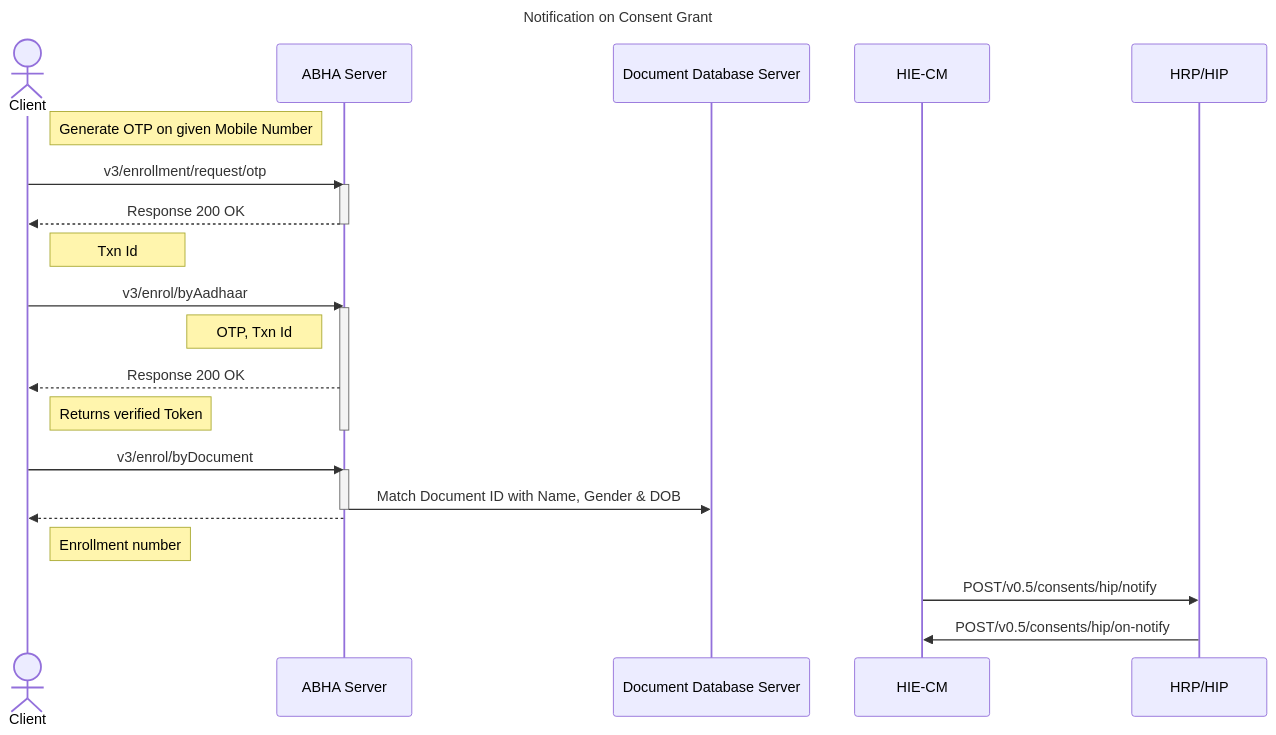
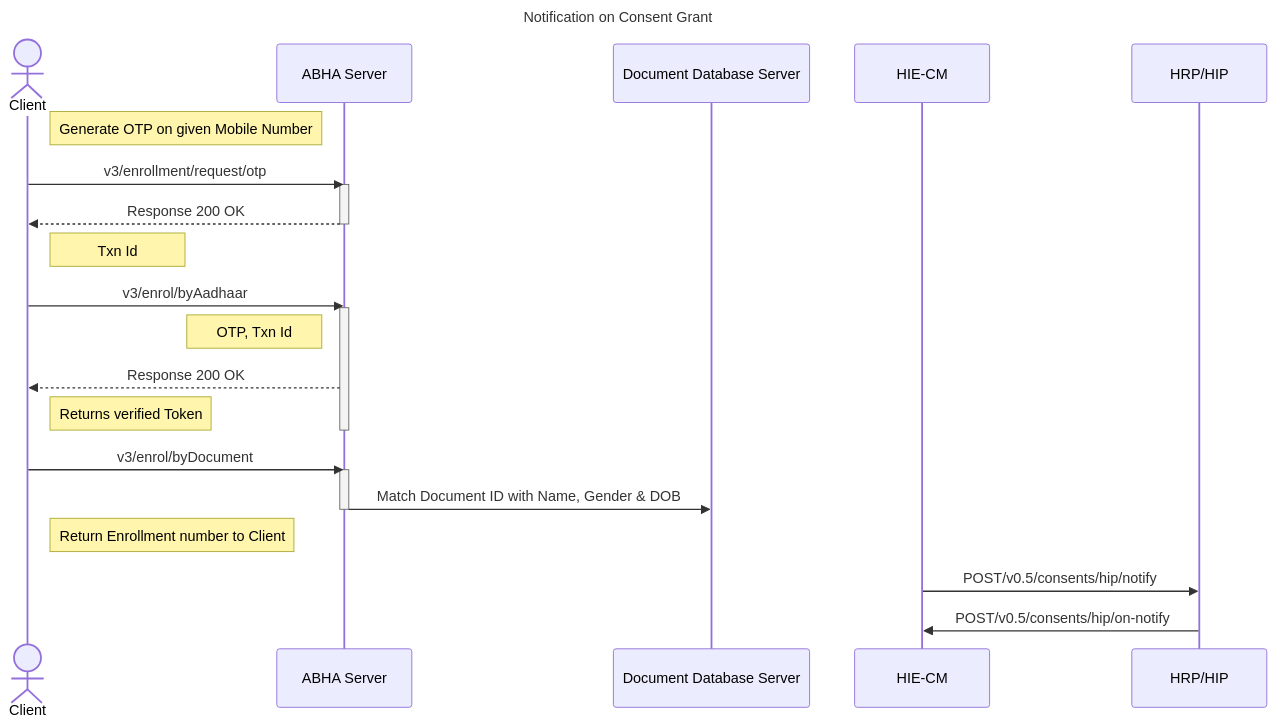
The diagram in content/2-milestone1/abha-number/TEST-driving-license.md (kiranma72/abdm-docs), drawn with Mermaid before and after one commit.

Commit message:
test undo commit 11 edit code

```diff
--- a/content/2-milestone1/abha-number/TEST-driving-license.md
+++ b/content/2-milestone1/abha-number/TEST-driving-license.md
@@ -84,25 +84,24 @@
 {{< mermaid >}}
 sequenceDiagram
 title Notification on Consent Grant
 actor Client
 Note right of Client: Generate OTP on given Mobile Number
 Client->>ABHA Server:v3/enrollment/request/otp
 activate ABHA Server
 ABHA Server-->> Client: Response 200 OK
 deactivate ABHA Server
 Note right of Client: Txn Id
 Client->>ABHA Server:v3/enrol/byAadhaar
 activate ABHA Server
 Note left of ABHA Server: OTP, Txn Id
 ABHA Server-->> Client: Response 200 OK
 Note right of Client: Returns verified Token
 deactivate ABHA Server
 Client->>ABHA Server:v3/enrol/byDocument
 activate ABHA Server
 ABHA Server->> Document Database Server: Match Document ID with Name, Gender & DOB
 deactivate ABHA Server
-ABHA Server-->> Client: 
-Note right of Client: Enrollment number
+Note right of Client: Return Enrollment number to Client
 HIE-CM->>HRP/HIP: POST/v0.5/consents/hip/notify
 HRP/HIP->>HIE-CM: POST/v0.5/consents/hip/on-notify
 {{< /mermaid >}}
```
